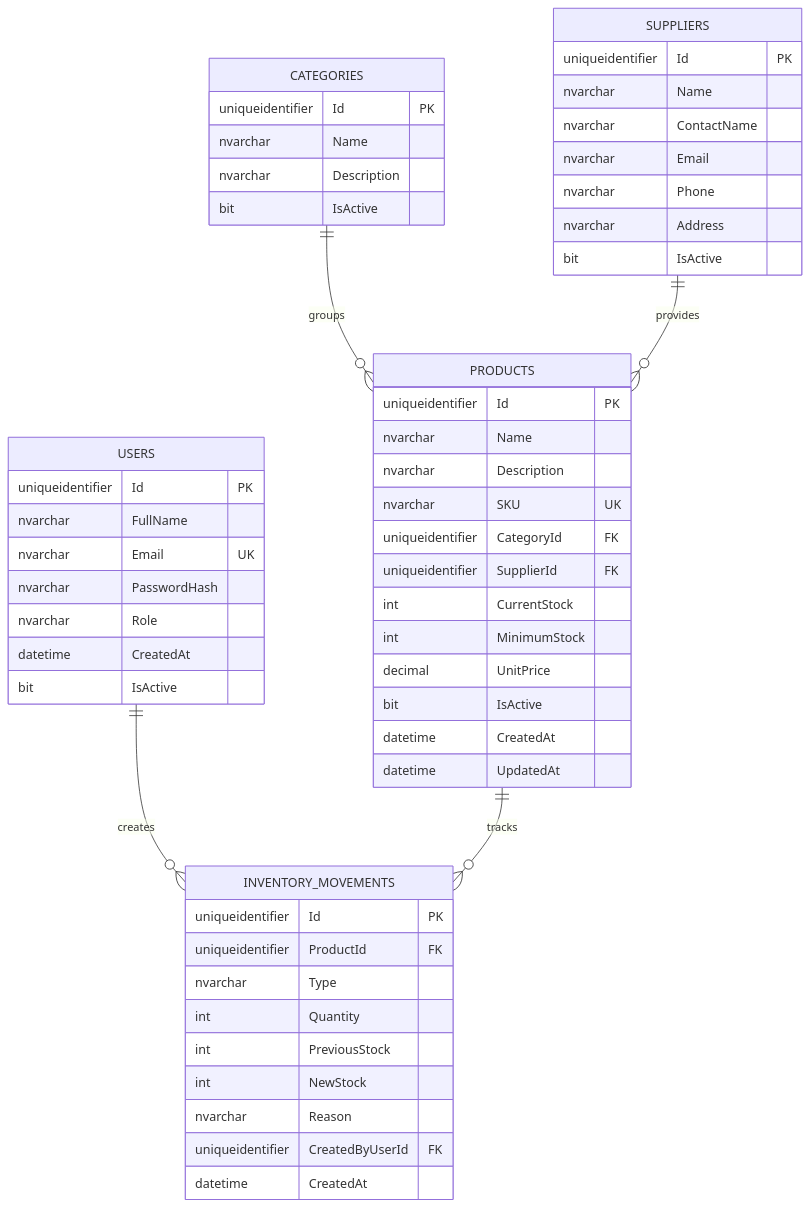
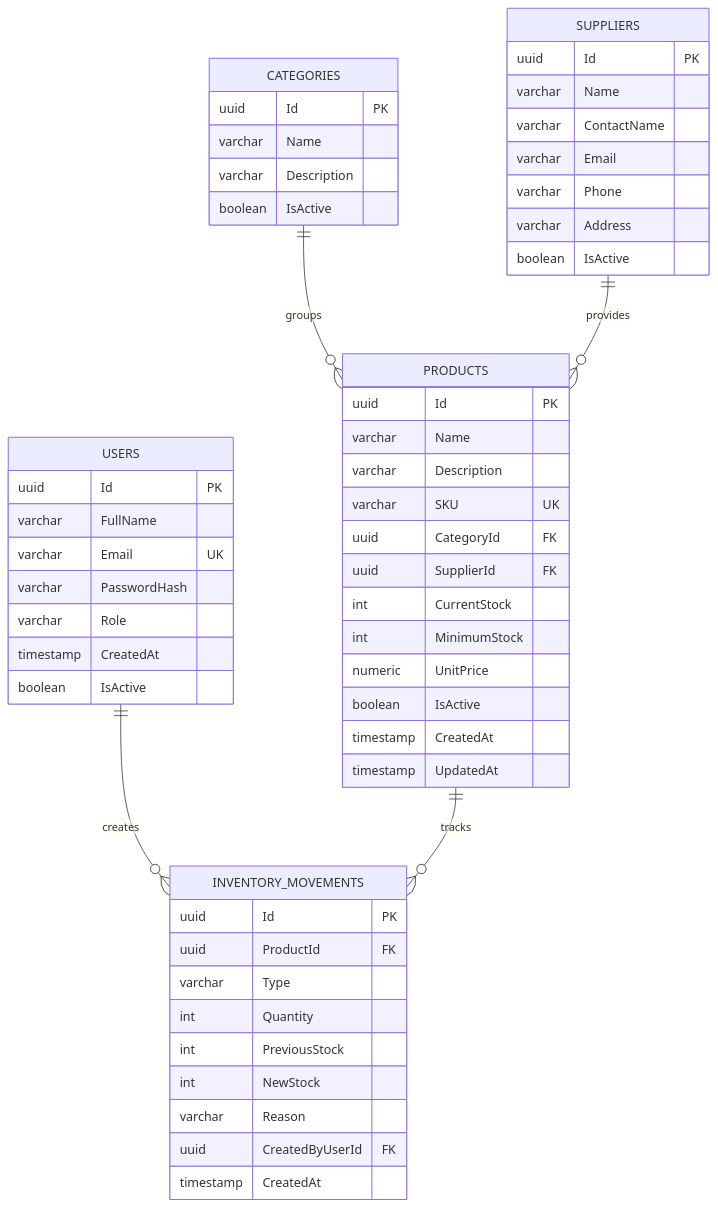
One commit to andy-feltt/InventoryManagementSystem changed the diagram in docs/database-diagram.md. Above: the diagram before and after it, drawn with Mermaid. The commit also changed 12 other files, not shown here.

````diff
--- a/docs/database-diagram.md
+++ b/docs/database-diagram.md
@@ -3,61 +3,61 @@
 ```mermaid
 erDiagram
     USERS ||--o{ INVENTORY_MOVEMENTS : creates
     CATEGORIES ||--o{ PRODUCTS : groups
     SUPPLIERS ||--o{ PRODUCTS : provides
     PRODUCTS ||--o{ INVENTORY_MOVEMENTS : tracks
 
     USERS {
-        uniqueidentifier Id PK
-        nvarchar FullName
-        nvarchar Email UK
-        nvarchar PasswordHash
-        nvarchar Role
-        datetime CreatedAt
-        bit IsActive
+        uuid Id PK
+        varchar FullName
+        varchar Email UK
+        varchar PasswordHash
+        varchar Role
+        timestamp CreatedAt
+        boolean IsActive
     }
 
     CATEGORIES {
-        uniqueidentifier Id PK
-        nvarchar Name
-        nvarchar Description
-        bit IsActive
+        uuid Id PK
+        varchar Name
+        varchar Description
+        boolean IsActive
     }
 
     SUPPLIERS {
-        uniqueidentifier Id PK
-        nvarchar Name
-        nvarchar ContactName
-        nvarchar Email
-        nvarchar Phone
-        nvarchar Address
-        bit IsActive
+        uuid Id PK
+        varchar Name
+        varchar ContactName
+        varchar Email
+        varchar Phone
+        varchar Address
+        boolean IsActive
     }
 
     PRODUCTS {
-        uniqueidentifier Id PK
-        nvarchar Name
-        nvarchar Description
-        nvarchar SKU UK
-        uniqueidentifier CategoryId FK
-        uniqueidentifier SupplierId FK
+        uuid Id PK
+        varchar Name
+        varchar Description
+        varchar SKU UK
+        uuid CategoryId FK
+        uuid SupplierId FK
         int CurrentStock
         int MinimumStock
-        decimal UnitPrice
-        bit IsActive
-        datetime CreatedAt
-        datetime UpdatedAt
+        numeric UnitPrice
+        boolean IsActive
+        timestamp CreatedAt
+        timestamp UpdatedAt
     }
 
     INVENTORY_MOVEMENTS {
-        uniqueidentifier Id PK
-        uniqueidentifier ProductId FK
-        nvarchar Type
+        uuid Id PK
+        uuid ProductId FK
+        varchar Type
         int Quantity
         int PreviousStock
         int NewStock
-        nvarchar Reason
-        uniqueidentifier CreatedByUserId FK
-        datetime CreatedAt
+        varchar Reason
+        uuid CreatedByUserId FK
+        timestamp CreatedAt
     }
 ```
````
